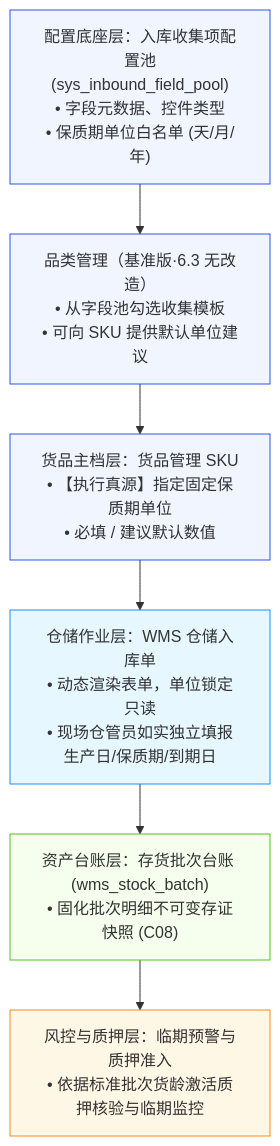
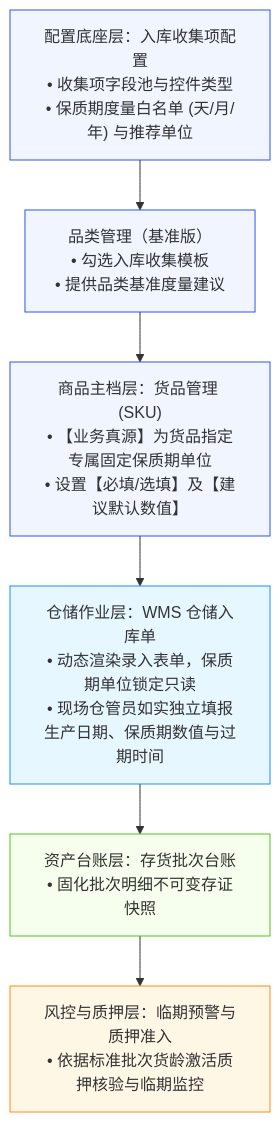
Before and after one commit to RobertHuang999/SYZC: the first of 2 diagrams in 02-PRD文档/B-迭代需求/6.3版本（2026.09）/07-货品规格管理-入库收集项配置/入库收集项配置主PRD.md, drawn with Mermaid. The commit also changed other lines of this file and 51 other files, not shown here.

````diff
--- a/02-PRD文档/B-迭代需求/6.3版本（2026.09）/07-货品规格管理-入库收集项配置/入库收集项配置主PRD.md
+++ b/02-PRD文档/B-迭代需求/6.3版本（2026.09）/07-货品规格管理-入库收集项配置/入库收集项配置主PRD.md
@@ -35,15 +35,15 @@
 ```mermaid
 flowchart TD
-    A["配置底座层：入库收集项配置池<br/>(sys_inbound_field_pool)<br/>• 字段元数据、控件类型<br/>• 保质期单位白名单 (天/月/年)"] --> B["品类管理（基准版·6.3 无改造）<br/>• 从字段池勾选收集模板<br/>• 可向 SKU 提供默认单位建议"]
-    B --> C["货品主档层：货品管理 SKU<br/>• 【执行真源】指定固定保质期单位<br/>• 必填 / 建议默认数值"]
-    C --> D["仓储作业层：WMS 仓储入库单<br/>• 动态渲染表单，单位锁定只读<br/>• 现场仓管员如实独立填报生产日/保质期/到期日"]
-    D --> E["资产台账层：存货批次台账 (wms_stock_batch)<br/>• 固化批次明细不可变存证快照 (C08)"]
+    A["配置底座层：入库收集项配置<br/>• 收集项字段池与控件类型<br/>• 保质期度量白名单 (天/月/年) 与推荐单位"] --> B["品类管理（基准版）<br/>• 勾选入库收集模板<br/>• 提供品类基准度量建议"]
+    B --> C["商品主档层：货品管理 (SKU)<br/>• 【业务真源】为货品指定专属固定保质期单位<br/>• 设置【必填/选填】及【建议默认数值】"]
+    C --> D["仓储作业层：WMS 仓储入库单<br/>• 动态渲染录入表单，保质期单位锁定只读<br/>• 现场仓管员如实独立填报生产日期、保质期数值与过期时间"]
+    D --> E["资产台账层：存货批次台账<br/>• 固化批次明细不可变存证快照"]
     E --> F["风控与质押层：临期预警与质押准入<br/>• 依据标准批次货龄激活质押核验与临期监控"]
 
     style A fill:#f0f5ff,stroke:#2f54eb
     style B fill:#f0f5ff,stroke:#2f54eb
     style C fill:#f0f5ff,stroke:#2f54eb
     style D fill:#e6f7ff,stroke:#1890ff
     style E fill:#f6ffed,stroke:#52c41a
     style F fill:#fff7e6,stroke:#fa8c16
 ```
````
